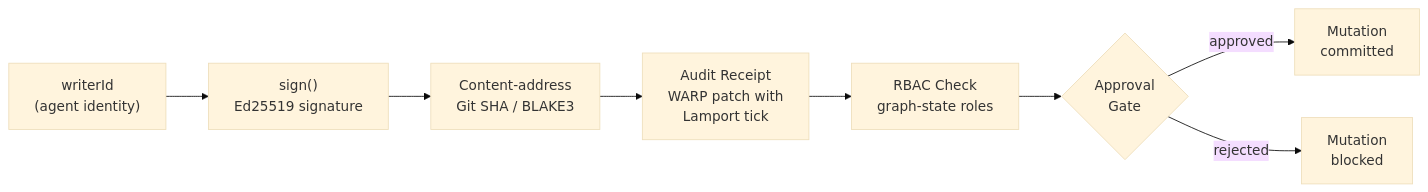
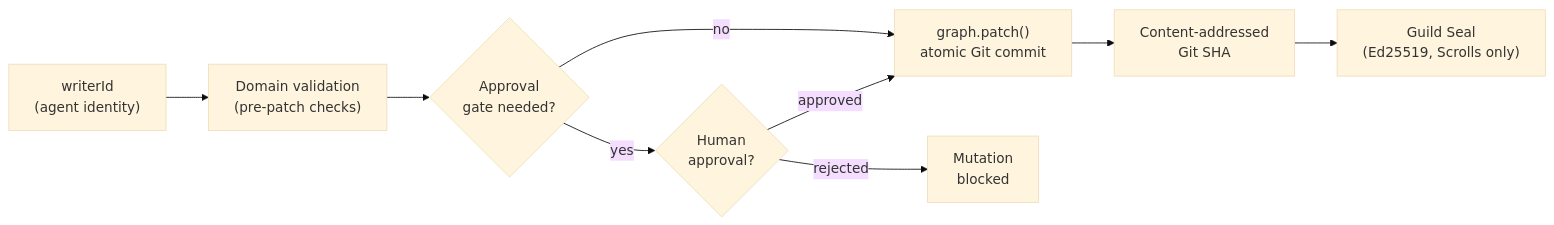
One commit to flyingrobots/xyph changed the diagram in docs/diagrams/trust-pipeline.mmd. Above: the diagram before and after it, drawn with Mermaid (base theme). The commit also changed 28 other files, not shown here.

First line of the commit message:
fix: align design docs with git-warp CRDT reality (WVR-006)

```diff
--- a/docs/diagrams/trust-pipeline.mmd
+++ b/docs/diagrams/trust-pipeline.mmd
@@ -1,8 +1,9 @@
 flowchart LR
-    A["writerId\n(agent identity)"] --> B["sign()\nEd25519 signature"]
-    B --> C["Content-address\nGit SHA / BLAKE3"]
-    C --> D["Audit Receipt\nWARP patch with\nLamport tick"]
-    D --> E["RBAC Check\ngraph-state roles"]
-    E --> F{"Approval\nGate"}
-    F -->|approved| G["Mutation\ncommitted"]
-    F -->|rejected| H["Mutation\nblocked"]
+    A["writerId\n(agent identity)"] --> B["Domain validation\n(pre-patch checks)"]
+    B --> C{"Approval\ngate needed?"}
+    C -->|no| D["graph.patch()\natomic Git commit"]
+    C -->|yes| E{"Human\napproval?"}
+    E -->|approved| D
+    E -->|rejected| F["Mutation\nblocked"]
+    D --> G["Content-addressed\nGit SHA"]
+    G --> H["Guild Seal\n(Ed25519, Scrolls only)"]
```
